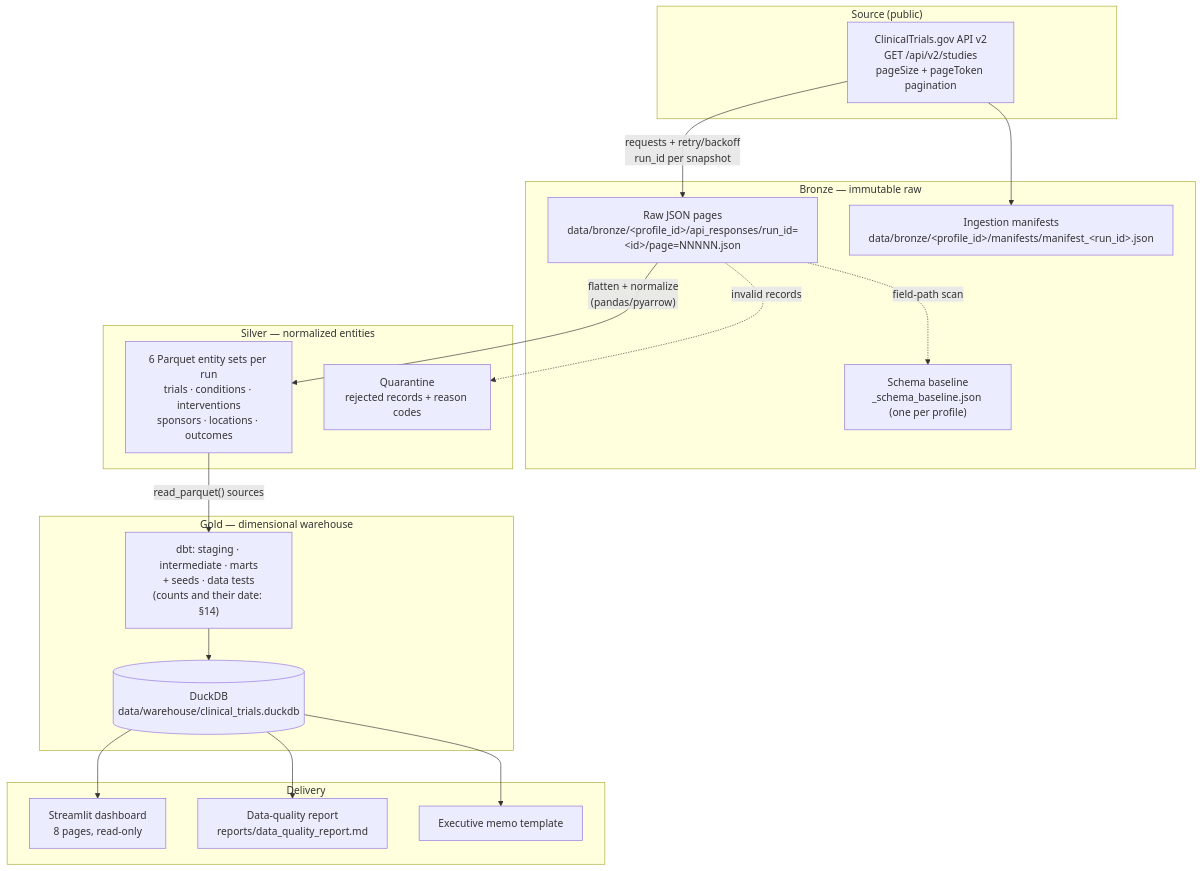
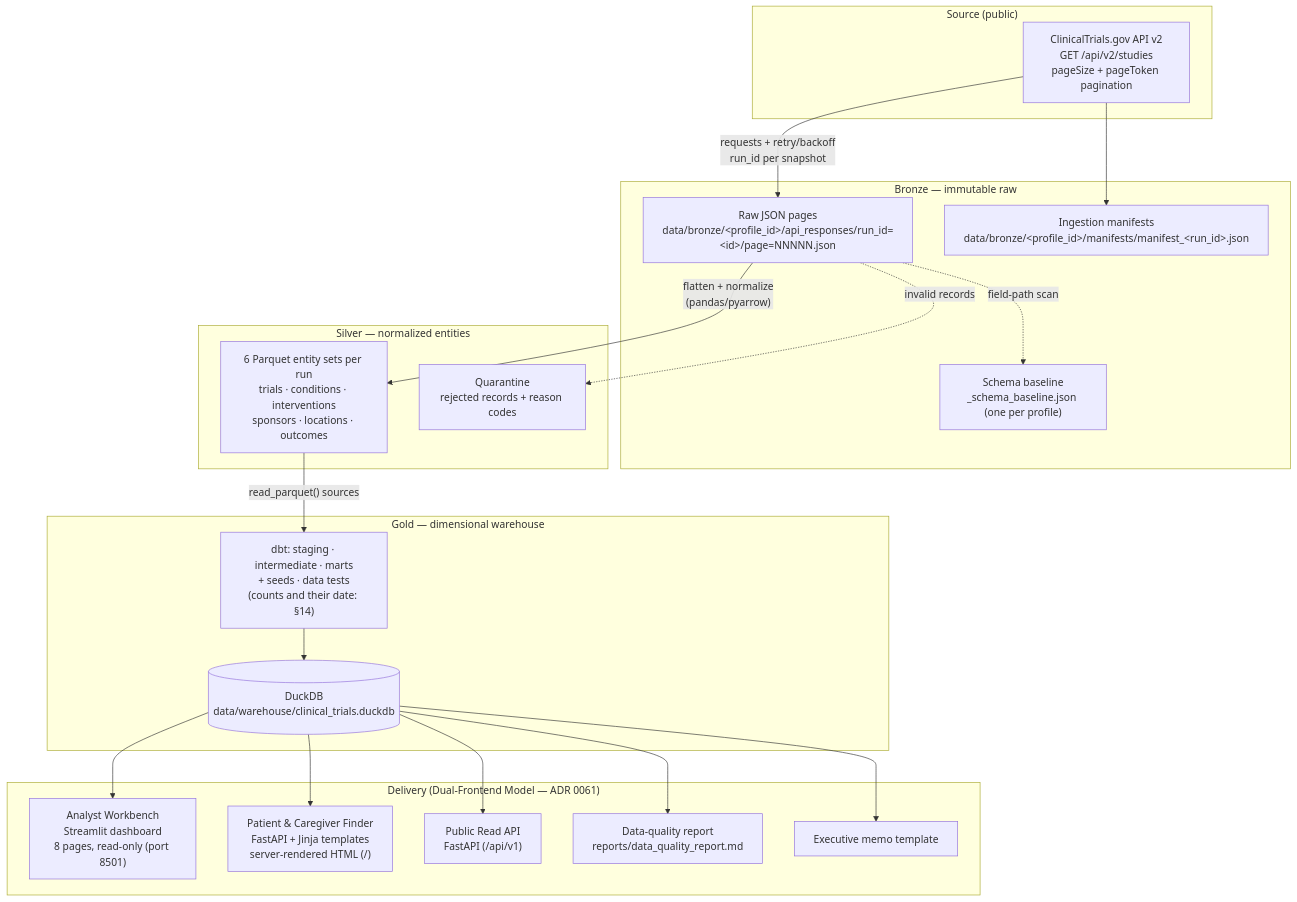
One commit to ne1cc/cti-dashboard changed the second of 12 diagrams in PROJECT_DOCUMENTATION.md. Above: the diagram before and after it, drawn with Mermaid. The commit also changed other lines of this file and 2 other files, not shown here.

Commit message:
docs(adr): formalize patient frontend architecture decision (#61)

````diff
--- a/PROJECT_DOCUMENTATION.md
+++ b/PROJECT_DOCUMENTATION.md
@@ -119,39 +120,43 @@
 ```mermaid
 flowchart TB
     subgraph SRC["Source (public)"]
         CTG["ClinicalTrials.gov API v2<br/>GET /api/v2/studies<br/>pageSize + pageToken pagination"]
     end
 
     subgraph BRONZE["Bronze — immutable raw"]
         RAW["Raw JSON pages<br/>data/bronze/&lt;profile_id&gt;/api_responses/run_id=&lt;id&gt;/page=NNNNN.json"]
         MAN["Ingestion manifests<br/>data/bronze/&lt;profile_id&gt;/manifests/manifest_&lt;run_id&gt;.json"]
         BASE["Schema baseline<br/>_schema_baseline.json (one per profile)"]
     end
 
     subgraph SILVER["Silver — normalized entities"]
         PQ["6 Parquet entity sets per run<br/>trials · conditions · interventions<br/>sponsors · locations · outcomes"]
         QUAR["Quarantine<br/>rejected records + reason codes"]
     end
 
     subgraph GOLD["Gold — dimensional warehouse"]
         DUCK[("DuckDB<br/>data/warehouse/clinical_trials.duckdb")]
         DBT["dbt: staging · intermediate · marts<br/>+ seeds · data tests<br/>(counts and their date: §14)"]
     end
 
-    subgraph DELIVERY["Delivery"]
-        APP["Streamlit dashboard<br/>8 pages, read-only"]
+    subgraph DELIVERY["Delivery (Dual-Frontend Model — ADR 0061)"]
+        APP["Analyst Workbench<br/>Streamlit dashboard<br/>8 pages, read-only (port 8501)"]
+        PATIENT["Patient & Caregiver Finder<br/>FastAPI + Jinja templates<br/>server-rendered HTML (/)"]
+        API["Public Read API<br/>FastAPI (/api/v1)"]
         DQ["Data-quality report<br/>reports/data_quality_report.md"]
         MEMO["Executive memo template"]
     end
 
     CTG -->|"requests + retry/backoff<br/>run_id per snapshot"| RAW
     CTG --> MAN
     RAW -->|"flatten + normalize<br/>(pandas/pyarrow)"| PQ
     RAW -.->|invalid records| QUAR
     RAW -.->|field-path scan| BASE
     PQ -->|"read_parquet() sources"| DBT
     DBT --> DUCK
     DUCK --> APP
+    DUCK --> PATIENT
+    DUCK --> API
     DUCK --> DQ
     DUCK --> MEMO
 ```
````
